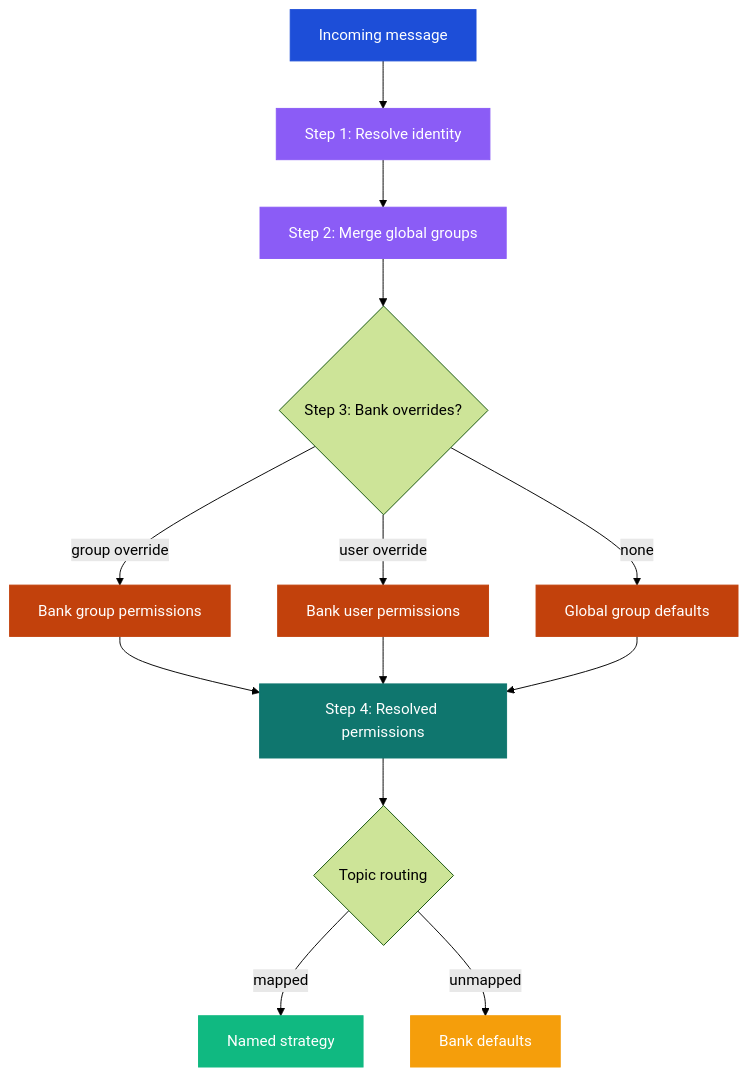
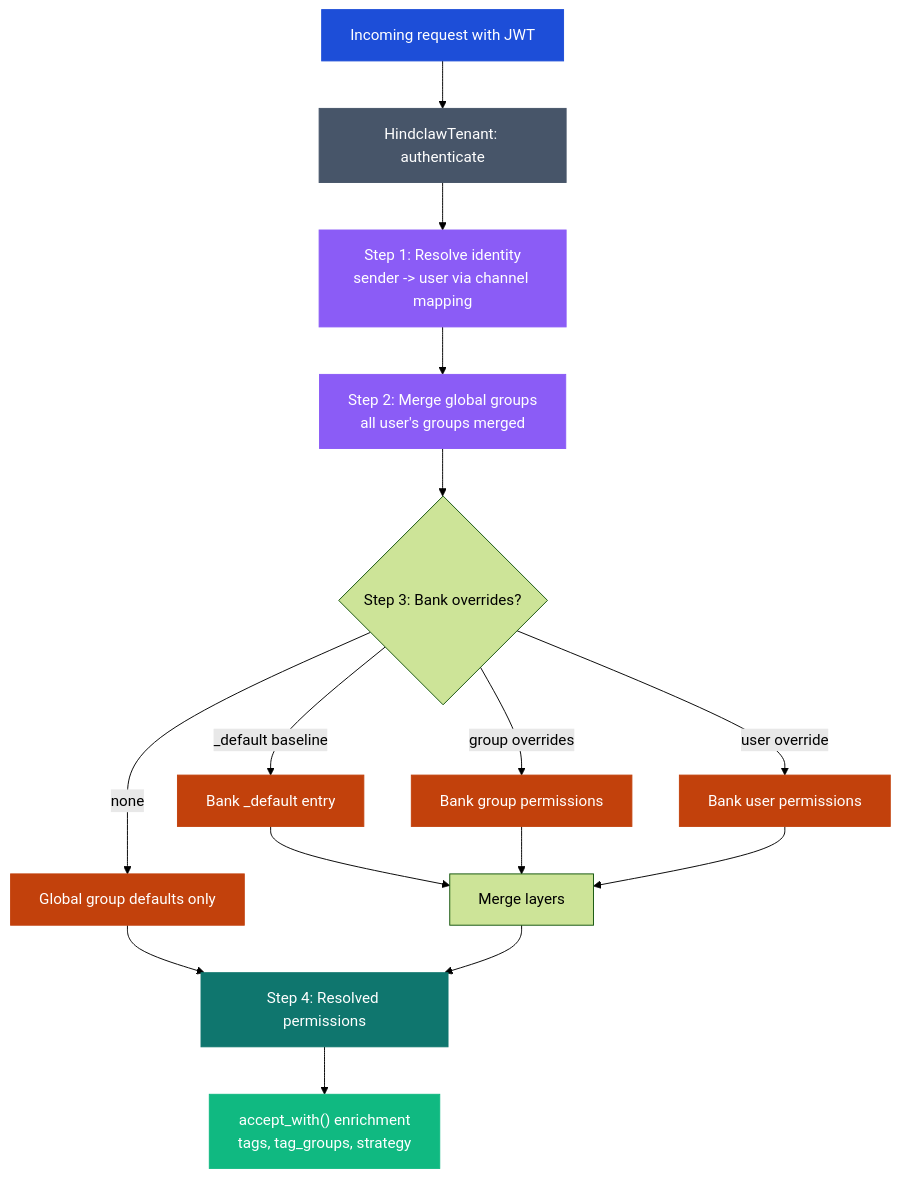
The third of 3 diagrams in hindclaw-docs/docs/guides/access-control.md (mrkhachaturov/hindsight-openclaw-pro), drawn with Mermaid (forest theme) before and after one commit. The commit also changed other lines of this file and 19 other files, not shown here.

First line of the commit message:
docs: full site overhaul with brand theme, server-side architecture, new landing page

````diff
--- a/hindclaw-docs/docs/guides/access-control.md
+++ b/hindclaw-docs/docs/guides/access-control.md
@@ -214,25 +415,28 @@
 ```mermaid
 graph TD
-    MSG["Incoming message"] --> ID["Step 1: Resolve identity"]
-    ID --> GROUPS["Step 2: Merge global groups"]
+    MSG["Incoming request with JWT"] --> AUTH["HindclawTenant: authenticate"]
+    AUTH --> ID["Step 1: Resolve identity<br/>sender -> user via channel mapping"]
+    ID --> GROUPS["Step 2: Merge global groups<br/>all user's groups merged"]
     GROUPS --> BANK{"Step 3: Bank overrides?"}
-    BANK -->|group override| BG["Bank group permissions"]
+    BANK -->|_default baseline| BD["Bank _default entry"]
+    BANK -->|group overrides| BG["Bank group permissions"]
     BANK -->|user override| BU["Bank user permissions"]
-    BANK -->|none| GLOBAL["Global group defaults"]
-    BG --> RESOLVED["Step 4: Resolved permissions"]
-    BU --> RESOLVED
-    GLOBAL --> RESOLVED
-    RESOLVED --> TOPIC{"Topic routing"}
-    TOPIC -->|mapped| STRATEGY["Named strategy"]
-    TOPIC -->|unmapped| DEFAULT["Bank defaults"]
+    BD --> MERGE["Merge layers"]
+    BG --> MERGE
+    BU --> MERGE
+    BANK -->|none| GLOBAL["Global group defaults only"]
+    GLOBAL --> RESOLVED["Step 4: Resolved permissions"]
+    MERGE --> RESOLVED
+    RESOLVED --> ENRICH["accept_with() enrichment<br/>tags, tag_groups, strategy"]
 
     style MSG fill:#1d4ed8,color:#fff,stroke:#1d4ed8
+    style AUTH fill:#475569,color:#fff,stroke:#475569
     style ID fill:#8b5cf6,color:#fff,stroke:#8b5cf6
     style GROUPS fill:#8b5cf6,color:#fff,stroke:#8b5cf6
+    style BD fill:#c2410c,color:#fff,stroke:#c2410c
     style BG fill:#c2410c,color:#fff,stroke:#c2410c
     style BU fill:#c2410c,color:#fff,stroke:#c2410c
     style GLOBAL fill:#c2410c,color:#fff,stroke:#c2410c
     style RESOLVED fill:#0f766e,color:#fff,stroke:#0f766e
-    style STRATEGY fill:#10b981,color:#fff,stroke:#10b981
-    style DEFAULT fill:#f59e0b,color:#fff,stroke:#f59e0b
+    style ENRICH fill:#10b981,color:#fff,stroke:#10b981
 ```
````
